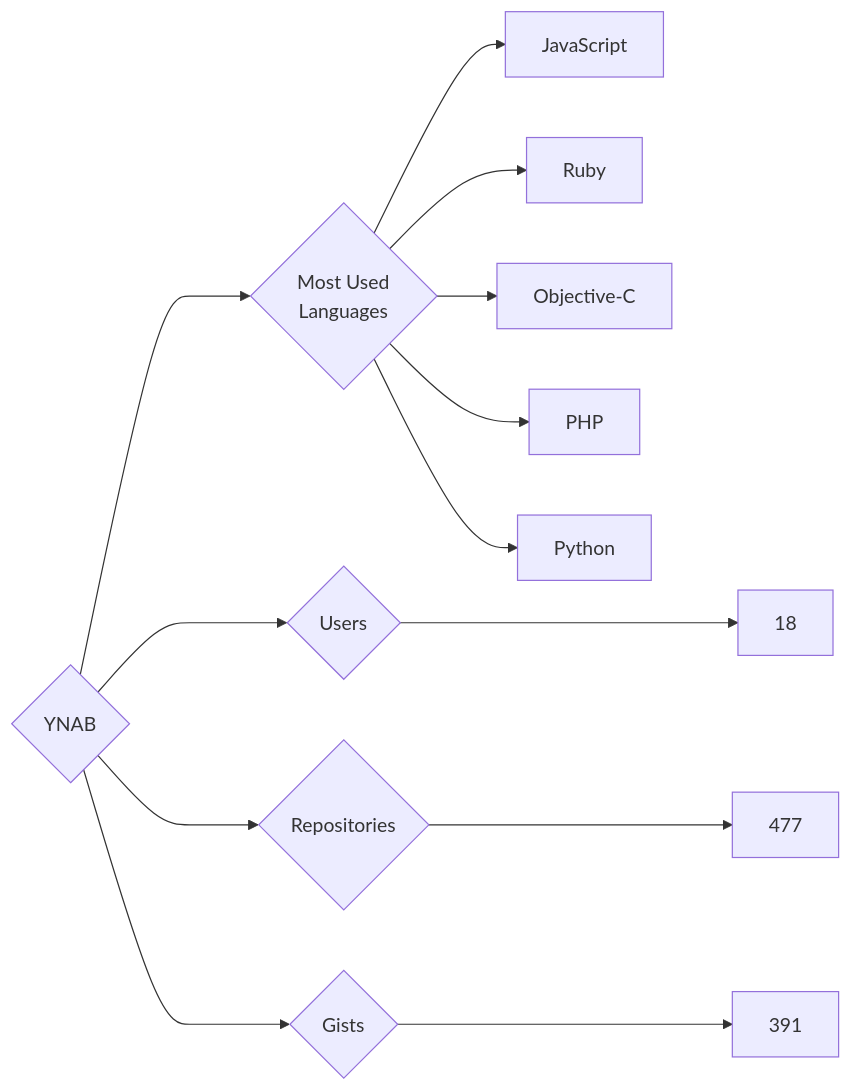
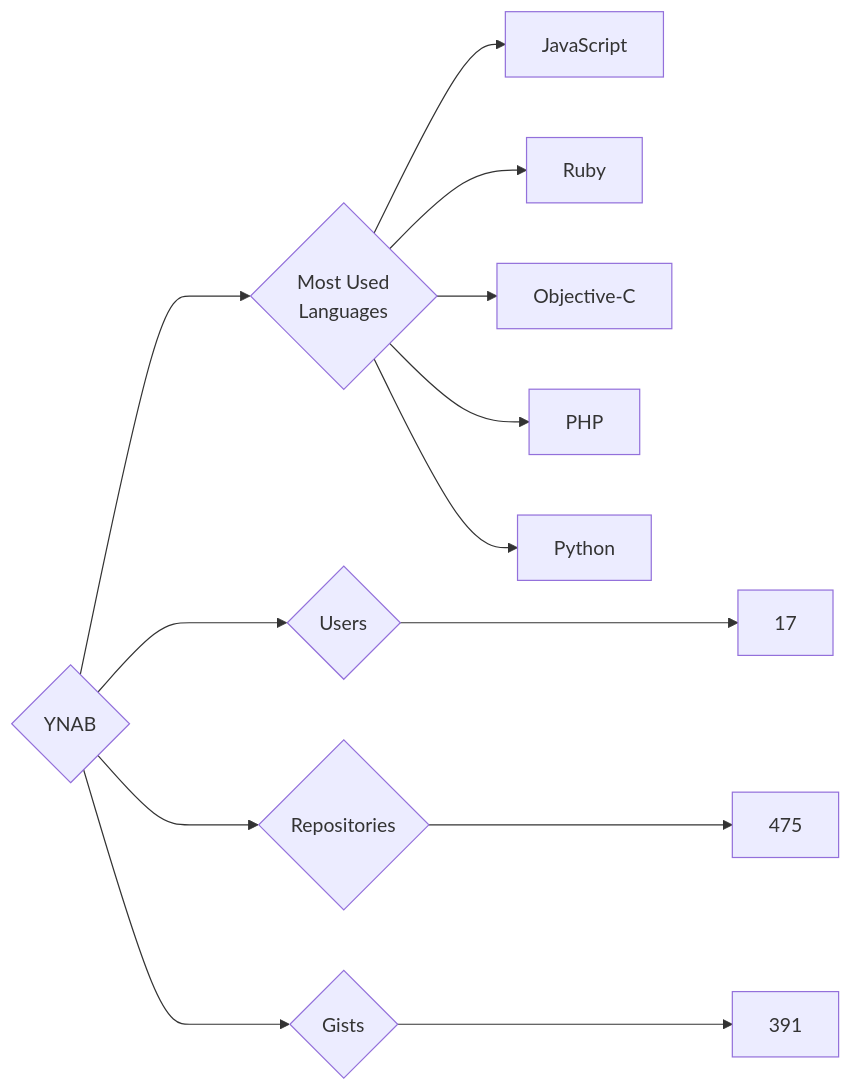
Before and after one commit to trickest/insiders: the diagram in targets/YNAB/README.md, drawn with Mermaid. The commit also changed 878 other files, not shown here.

````diff
--- a/targets/YNAB/README.md
+++ b/targets/YNAB/README.md
@@ -3,13 +3,13 @@
 ```mermaid
 graph LR
 COMPANY_NAME{YNAB}
-COMPANY_NAME ---> U{Users} ---> UN[18]
-COMPANY_NAME ---> R{Repositories} ---> RN[477]
+COMPANY_NAME ---> U{Users} ---> UN[17]
+COMPANY_NAME ---> R{Repositories} ---> RN[475]
 COMPANY_NAME ---> G{Gists} ---> GN[391]
 COMPANY_NAME ---> ML{Most Used<br>Languages}
 ML --> JavaScript[JavaScript]
 ML --> Ruby[Ruby]
 ML --> Objective-C[Objective-C]
 ML --> PHP[PHP]
 ML --> Python[Python]
 ```
````
